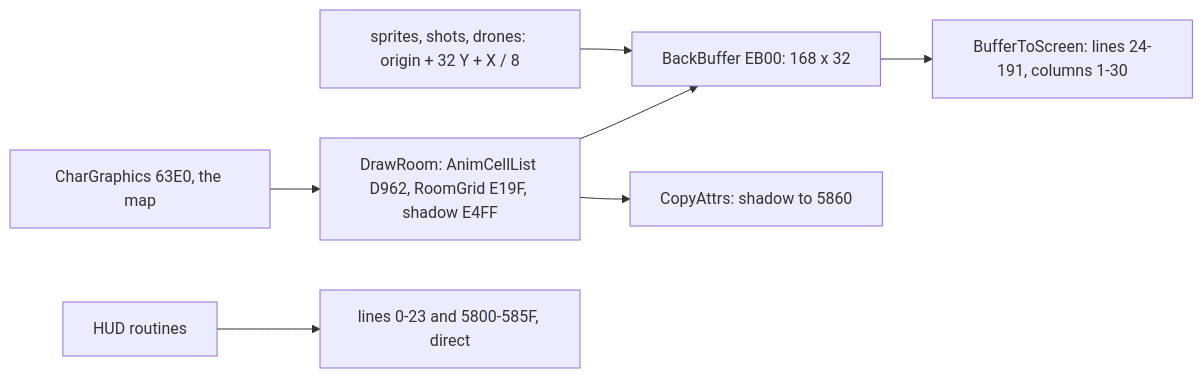
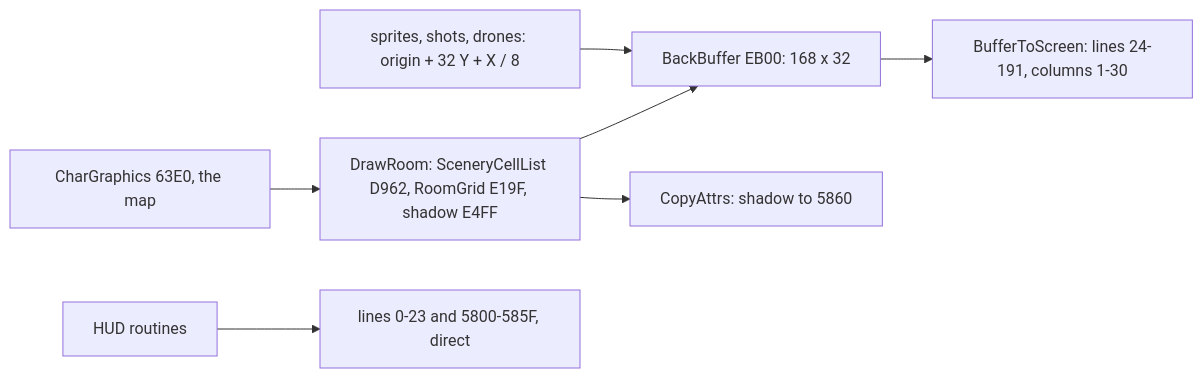
One commit to alfishe/unrealng-reverse-cases changed the first of 11 diagrams in games/rex/docs/06-rendering.md. Above: the diagram before and after it, drawn with Mermaid. The commit also changed other lines of this file and 98 other files, not shown here.

````diff
--- a/games/rex/docs/06-rendering.md
+++ b/games/rex/docs/06-rendering.md
@@ -74,9 +74,9 @@
 ```mermaid
 flowchart LR
-    A["CharGraphics 63E0, the map"] --> B["DrawRoom: AnimCellList D962, RoomGrid E19F, shadow E4FF"]
+    A["CharGraphics 63E0, the map"] --> B["DrawRoom: SceneryCellList D962, RoomGrid E19F, shadow E4FF"]
     B --> C["BackBuffer EB00: 168 x 32"]
     D["sprites, shots, drones: origin + 32 Y + X / 8"] --> C
     C --> E["BufferToScreen: lines 24-191, columns 1-30"]
     B --> F["CopyAttrs: shadow to 5860"]
     G["HUD routines"] --> H["lines 0-23 and 5800-585F, direct"]
 ```
````
